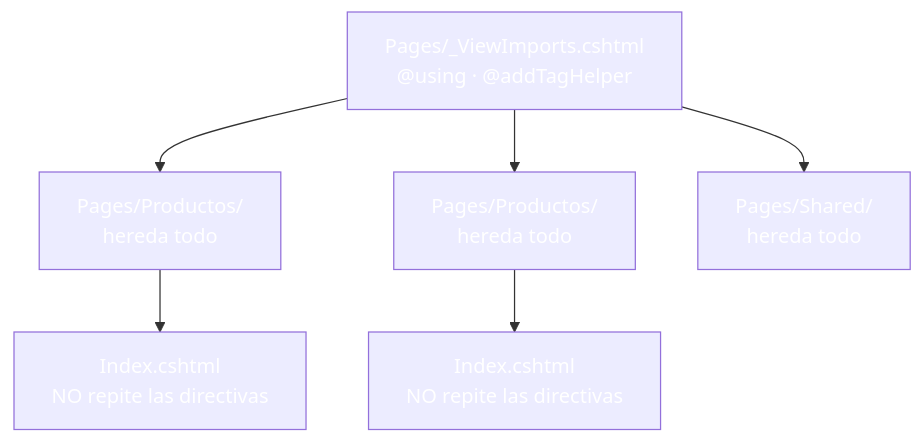
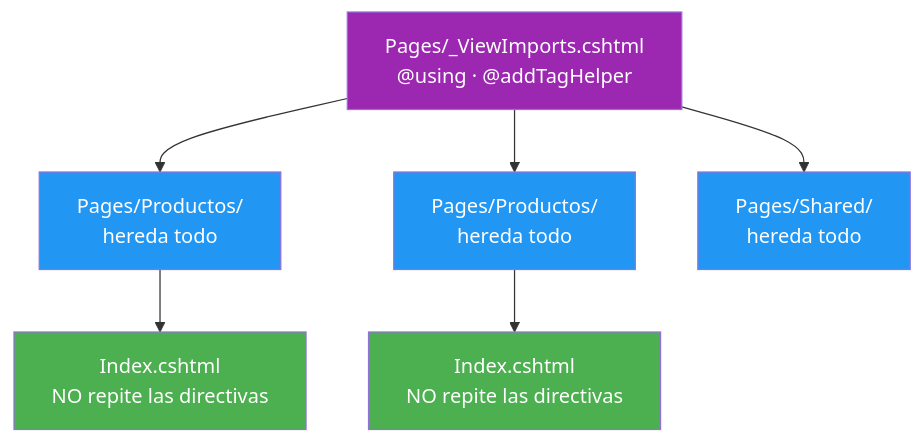
The first of 6 diagrams in 02-directivas-sintaxis.md (joseluisgs/DesarrolloWebEntornosServidor-03-2026-2027), drawn with Mermaid before and after one commit. The commit also changed other lines of this file and 25 other files, not shown here.

Commit message:
docs: corregir los estilos Mermaid de los temas y alinear el dominio del tema 25 con ProductosApp

````diff
--- a/02-directivas-sintaxis.md
+++ b/02-directivas-sintaxis.md
@@ -158,16 +158,16 @@
 ```mermaid
 graph TD
     A["Pages/_ViewImports.cshtml<br/>@using · @addTagHelper"] --> B["Pages/Productos/<br/>hereda todo"]
     A --> C["Pages/Productos/<br/>hereda todo"]
     A --> D["Pages/Shared/<br/>hereda todo"]
 
     B --> B1["Index.cshtml<br/>NO repite las directivas"]
     C --> C1["Index.cshtml<br/>NO repite las directivas"]
 
-    style A fill:#9C27B,color:#fff0,color:#fff
-    style B fill:#2196F,color:#fff3,color:#fff
-    style C fill:#2196F,color:#fff3,color:#fff
-    style D fill:#2196F,color:#fff3,color:#fff
-    style B1 fill:#4CAF5,color:#fff0,color:#fff
-    style C1 fill:#4CAF5,color:#fff0,color:#fff
+    style A fill:#9C27B0,color:#fff
+    style B fill:#2196F3,color:#fff
+    style C fill:#2196F3,color:#fff
+    style D fill:#2196F3,color:#fff
+    style B1 fill:#4CAF50,color:#fff
+    style C1 fill:#4CAF50,color:#fff
 ```
````
